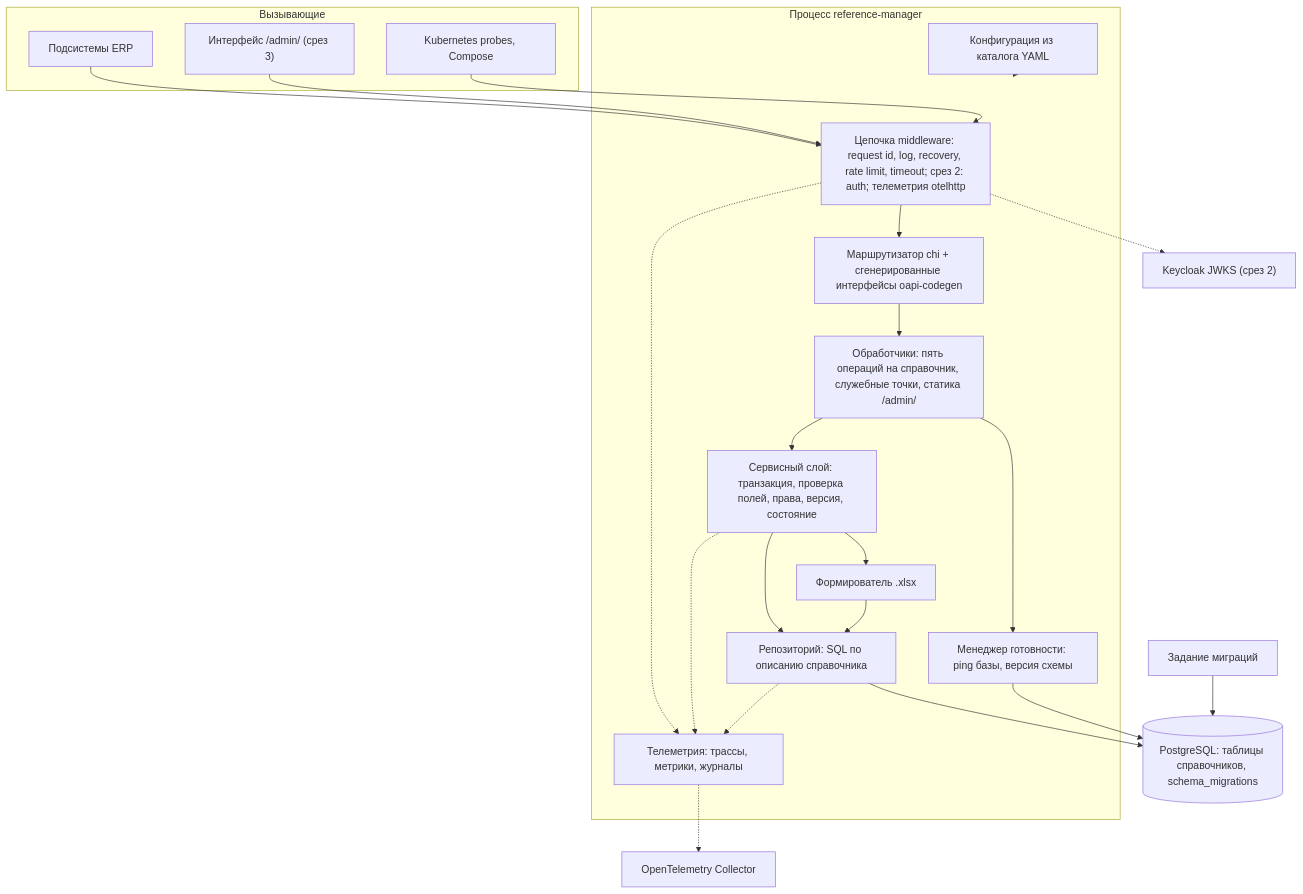
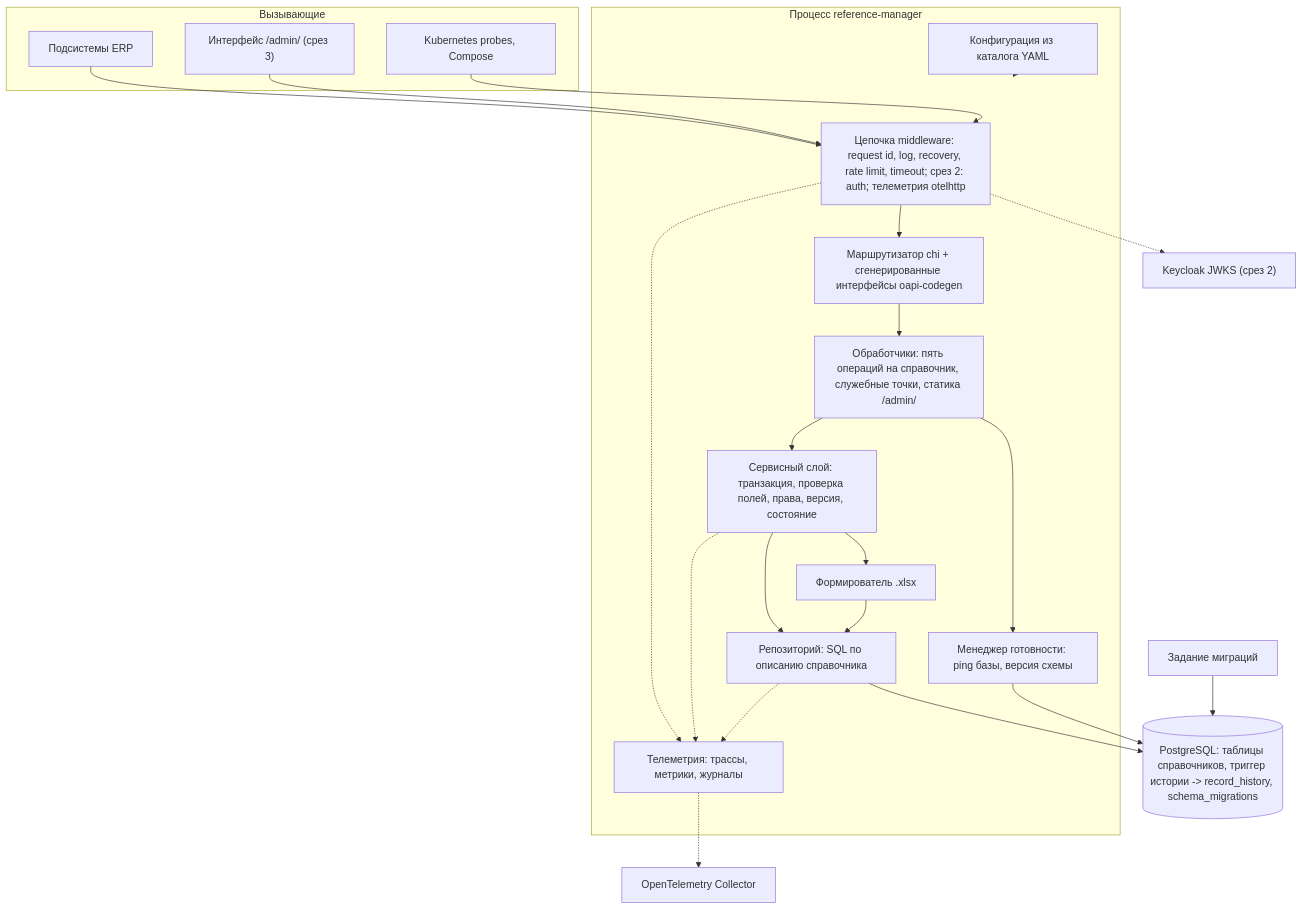
Before and after one commit to MEPhI-C22-501/arch-info-system-monorepo: the diagram in reference-manager/docs/block-h-architecture-and-logic/146.logic-scheme.md, drawn with Mermaid. The commit also changed other lines of this file and 26 other files, not shown here.

First line of the commit message:
docs(reference-manager): add record history, drop multi-tenancy, define CRUXD roles

````diff
--- a/reference-manager/docs/block-h-architecture-and-logic/146.logic-scheme.md
+++ b/reference-manager/docs/block-h-architecture-and-logic/146.logic-scheme.md
@@ -12,44 +12,44 @@
 ```mermaid
 flowchart TB
     subgraph Clients["Вызывающие"]
         C1["Подсистемы ERP"]
         C2["Интерфейс /admin/ (срез 3)"]
         C3["Kubernetes probes, Compose"]
     end
 
     subgraph Proc["Процесс reference-manager"]
         MW["Цепочка middleware: request id, log, recovery, rate limit, timeout; срез 2: auth; телеметрия otelhttp"]
         RT["Маршрутизатор chi + сгенерированные интерфейсы oapi-codegen"]
         H["Обработчики: пять операций на справочник, служебные точки, статика /admin/"]
         SVC["Сервисный слой: транзакция, проверка полей, права, версия, состояние"]
         EXP["Формирователь .xlsx"]
         REPO["Репозиторий: SQL по описанию справочника"]
         RDY["Менеджер готовности: ping базы, версия схемы"]
         TEL["Телеметрия: трассы, метрики, журналы"]
         CFG["Конфигурация из каталога YAML"]
     end
 
-    DB[("PostgreSQL: таблицы справочников, schema_migrations")]
+    DB[("PostgreSQL: таблицы справочников, триггер истории -> record_history, schema_migrations")]
     OT["OpenTelemetry Collector"]
     KC["Keycloak JWKS (срез 2)"]
     JOB["Задание миграций"]
 
     C1 --> MW
     C2 --> MW
     C3 --> MW
     MW --> RT --> H
     H --> SVC
     H --> RDY
     SVC --> REPO
     SVC --> EXP
     EXP --> REPO
     REPO --> DB
     RDY --> DB
     MW -.-> KC
     TEL -.-> OT
     MW -.-> TEL
     SVC -.-> TEL
     REPO -.-> TEL
     CFG --> Proc
     JOB --> DB
 ```
````
